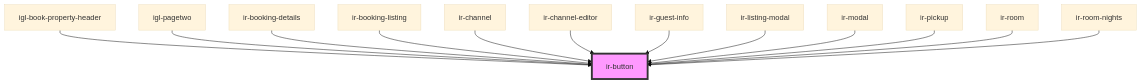
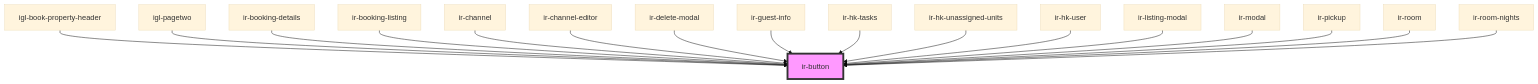
One commit to RonyRizk/ir-webcmp changed the diagram in src/components/ir-button/readme.md. Above: the diagram before and after it, drawn with Mermaid (base theme). The commit also changed other lines of this file and 102 other files, not shown here.

````diff
--- a/src/components/ir-button/readme.md
+++ b/src/components/ir-button/readme.md
@@ -51,16 +55,20 @@
 ```mermaid
 graph TD;
   igl-book-property-header --> ir-button
   igl-pagetwo --> ir-button
   ir-booking-details --> ir-button
   ir-booking-listing --> ir-button
   ir-channel --> ir-button
   ir-channel-editor --> ir-button
+  ir-delete-modal --> ir-button
   ir-guest-info --> ir-button
+  ir-hk-tasks --> ir-button
+  ir-hk-unassigned-units --> ir-button
+  ir-hk-user --> ir-button
   ir-listing-modal --> ir-button
   ir-modal --> ir-button
   ir-pickup --> ir-button
   ir-room --> ir-button
   ir-room-nights --> ir-button
   style ir-button fill:#f9f,stroke:#333,stroke-width:4px
 ```
````
